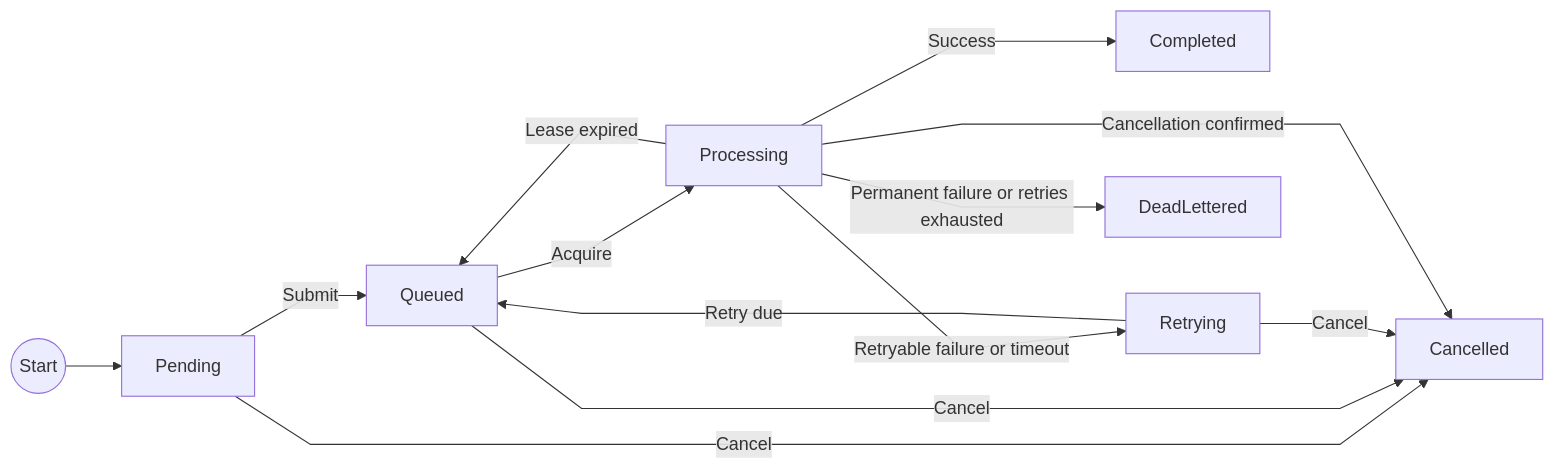
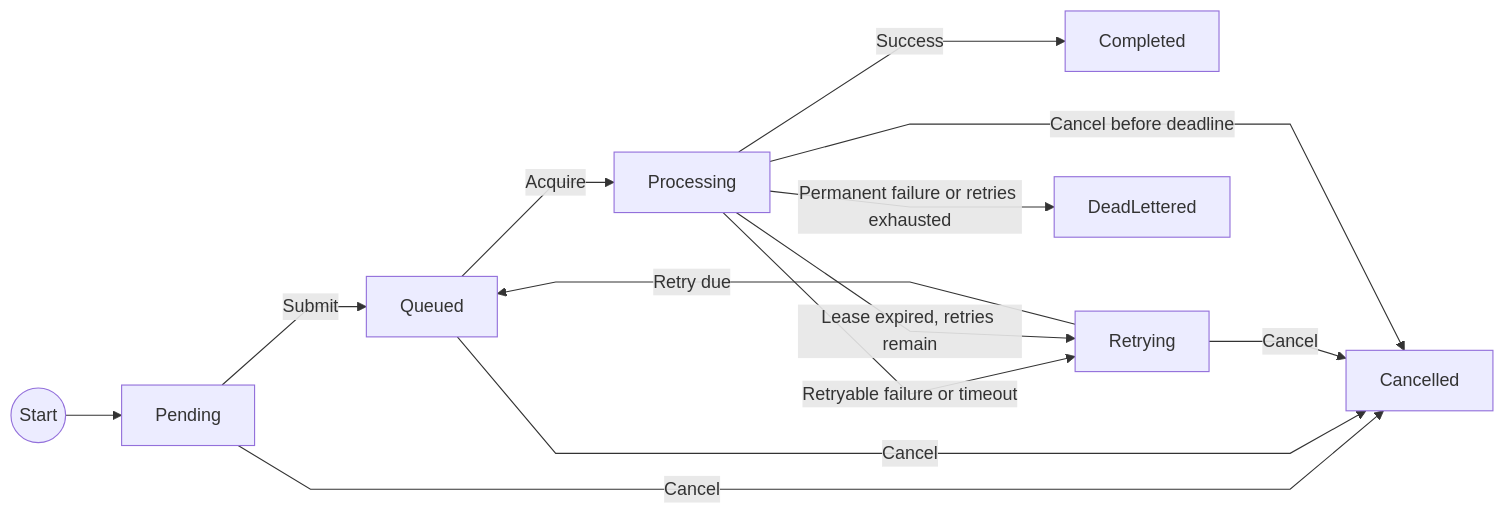
Before and after one commit to Arvence/TaskForge: the third of 3 diagrams in README.md, drawn with Mermaid. The commit also changed other lines of this file and 1 other file, not shown here.

````diff
--- a/README.md
+++ b/README.md
@@ -175,20 +175,20 @@
 ```mermaid
 ---
 config:
   flowchart:
     curve: linear
 ---
 flowchart LR
     Start((Start)) --> Pending
     Pending -->|Submit| Queued
     Queued -->|Acquire| Processing
     Processing -->|Success| Completed
     Processing -->|Retryable failure or timeout| Retrying
     Retrying -->|Retry due| Queued
     Processing -->|Permanent failure or retries exhausted| DeadLettered
-    Processing -->|Lease expired| Queued
+    Processing -->|Lease expired, retries remain| Retrying
     Pending -->|Cancel| Cancelled
     Queued -->|Cancel| Cancelled
     Retrying -->|Cancel| Cancelled
-    Processing -->|Cancellation confirmed| Cancelled
+    Processing -->|Cancel before deadline| Cancelled
 ```
````
